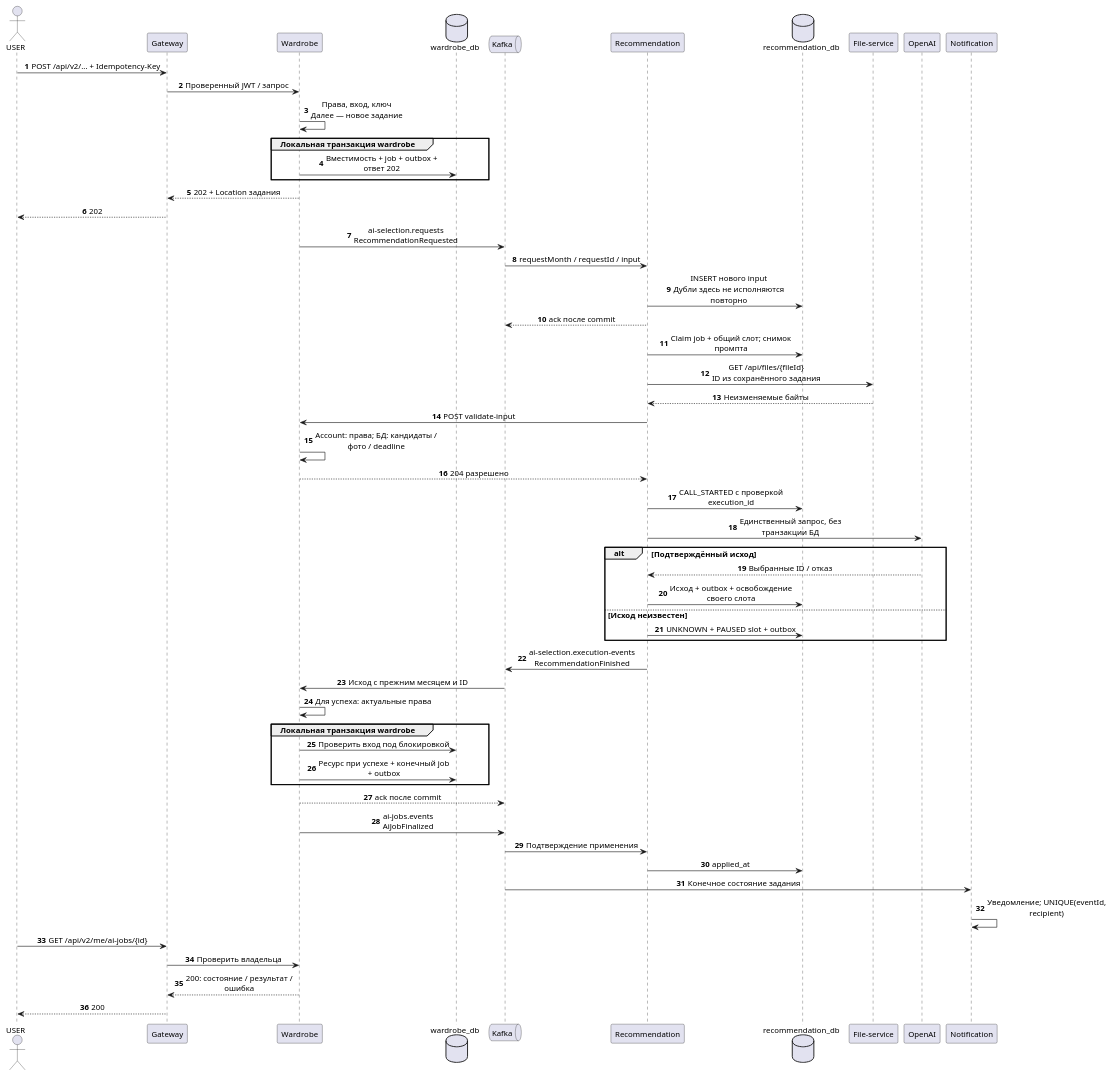
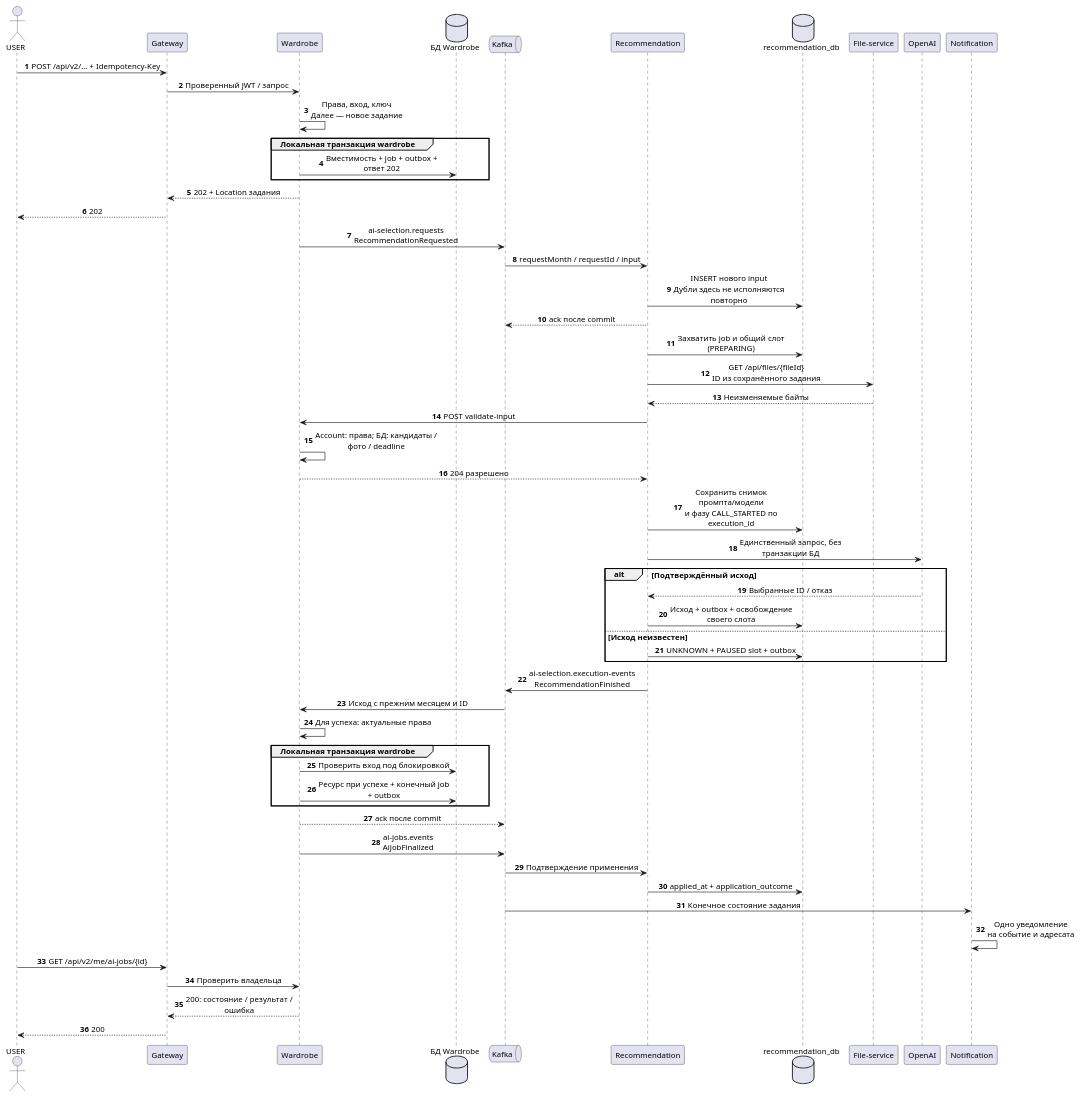
Before and after one commit to SimeonGor/clothes-advisor: the diagram in docs/lab4/diagrams/ai-selection.puml, drawn with PlantUML. The commit also changed 22 other files, not shown here.

```diff
--- a/docs/lab4/diagrams/ai-selection.puml
+++ b/docs/lab4/diagrams/ai-selection.puml
@@ -1,62 +1,62 @@
 @startuml ai-selection
 skinparam backgroundColor #FFFFFF
 skinparam defaultFontName SansSerif
 skinparam defaultFontSize 13
 skinparam shadowing false
 skinparam sequenceMessageAlign center
 skinparam maxMessageSize 220
 autonumber
 actor "USER" as user
 participant "Gateway" as gw
 participant "Wardrobe" as w
-database "wardrobe_db" as wd
+database "БД Wardrobe" as wd
 queue "Kafka" as k
 participant "Recommendation" as r
 database "recommendation_db" as rd
 participant "File-service" as f
 participant "OpenAI" as ai
 participant "Notification" as n
 user -> gw : POST /api/v2/... + Idempotency-Key
 gw -> w : Проверенный JWT / запрос
 w -> w : Права, вход, ключ\nДалее — новое задание
 group Локальная транзакция wardrobe
   w -> wd : Вместимость + job + outbox + ответ 202
 end
 w --> gw : 202 + Location задания
 gw --> user : 202
 w -> k : ai-selection.requests\nRecommendationRequested
 k -> r : requestMonth / requestId / input
 r -> rd : INSERT нового input\nДубли здесь не исполняются повторно
 r --> k : ack после commit
-r -> rd : Claim job + общий слот; снимок промпта
+r -> rd : Захватить job и общий слот (PREPARING)
 r -> f : GET /api/files/{fileId}\nID из сохранённого задания
 f --> r : Неизменяемые байты
 r -> w : POST validate-input
 w -> w : Account: права; БД: кандидаты / фото / deadline
 w --> r : 204 разрешено
-r -> rd : CALL_STARTED с проверкой execution_id
+r -> rd : Сохранить снимок промпта/модели\nи фазу CALL_STARTED по execution_id
 r -> ai : Единственный запрос, без транзакции БД
 alt Подтверждённый исход
   ai --> r : Выбранные ID / отказ
   r -> rd : Исход + outbox + освобождение своего слота
 else Исход неизвестен
   r -> rd : UNKNOWN + PAUSED slot + outbox
 end
 r -> k : ai-selection.execution-events\nRecommendationFinished
 k -> w : Исход с прежним месяцем и ID
 w -> w : Для успеха: актуальные права
 group Локальная транзакция wardrobe
   w -> wd : Проверить вход под блокировкой
   w -> wd : Ресурс при успехе + конечный job + outbox
 end
 w --> k : ack после commit
 w -> k : ai-jobs.events\nAiJobFinalized
 k -> r : Подтверждение применения
-r -> rd : applied_at
+r -> rd : applied_at + application_outcome
 k -> n : Конечное состояние задания
-n -> n : Уведомление; UNIQUE(eventId, recipient)
+n -> n : Одно уведомление\nна событие и адресата
 user -> gw : GET /api/v2/me/ai-jobs/{id}
 gw -> w : Проверить владельца
 w --> gw : 200: состояние / результат / ошибка
 gw --> user : 200
 @enduml
```
